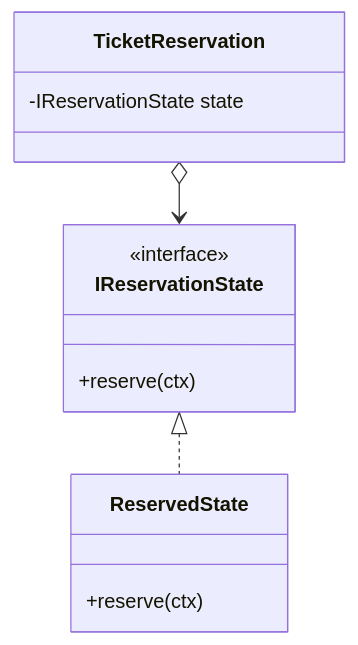
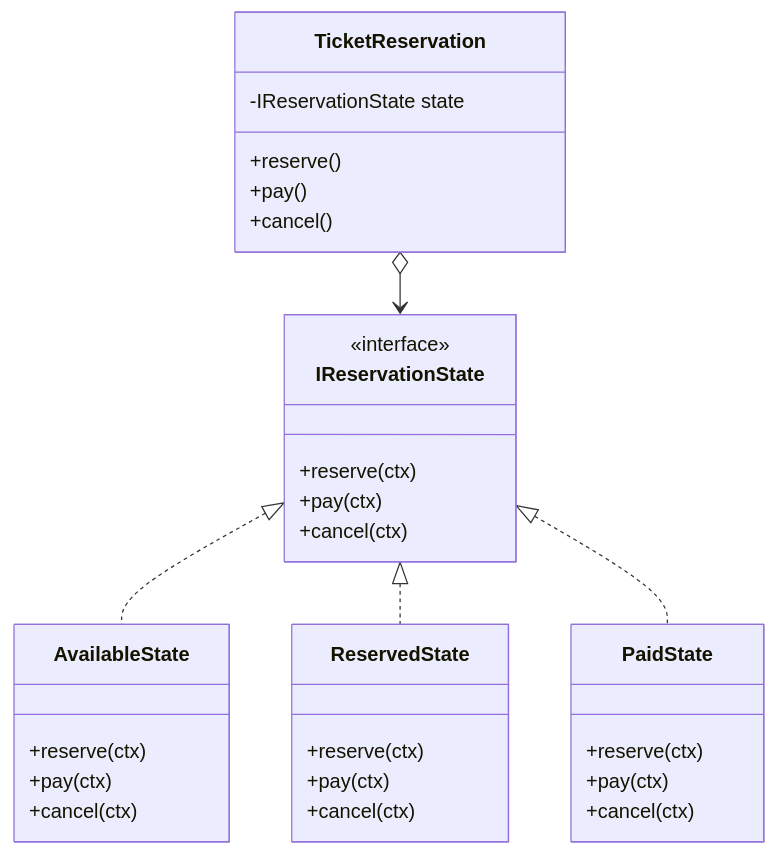
The sixth of 6 diagrams in kindle/design-patterns/output/chapter03.md (kumachan1101-pixel/DesignPattern), drawn with Mermaid before and after one commit. The commit also changed other lines of this file and 10 other files, not shown here.

````diff
--- a/kindle/design-patterns/output/chapter03.md
+++ b/kindle/design-patterns/output/chapter03.md
@@ -1469,16 +1051,34 @@
 ```mermaid
 classDiagram
     class TicketReservation {
         -IReservationState state
+        +reserve()
+        +pay()
+        +cancel()
     }
     class IReservationState {
         <<interface>>
         +reserve(ctx)
+        +pay(ctx)
+        +cancel(ctx)
+    }
+    class AvailableState {
+        +reserve(ctx)
+        +pay(ctx)
+        +cancel(ctx)
     }
     class ReservedState {
         +reserve(ctx)
+        +pay(ctx)
+        +cancel(ctx)
+    }
+    class PaidState {
+        +reserve(ctx)
+        +pay(ctx)
+        +cancel(ctx)
     }
     TicketReservation o--> IReservationState
+    IReservationState <|.. AvailableState
     IReservationState <|.. ReservedState
-
+    IReservationState <|.. PaidState
 ```
````
